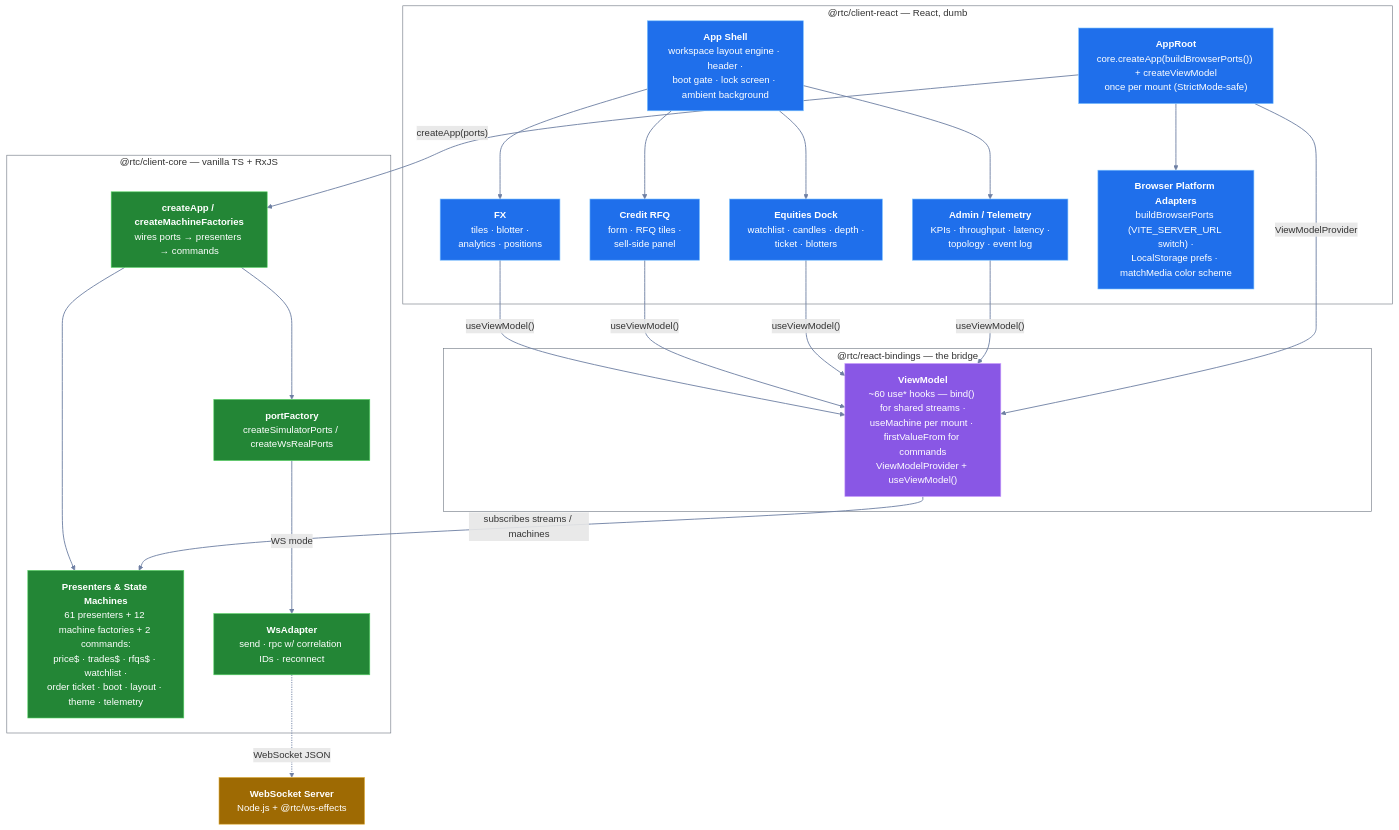
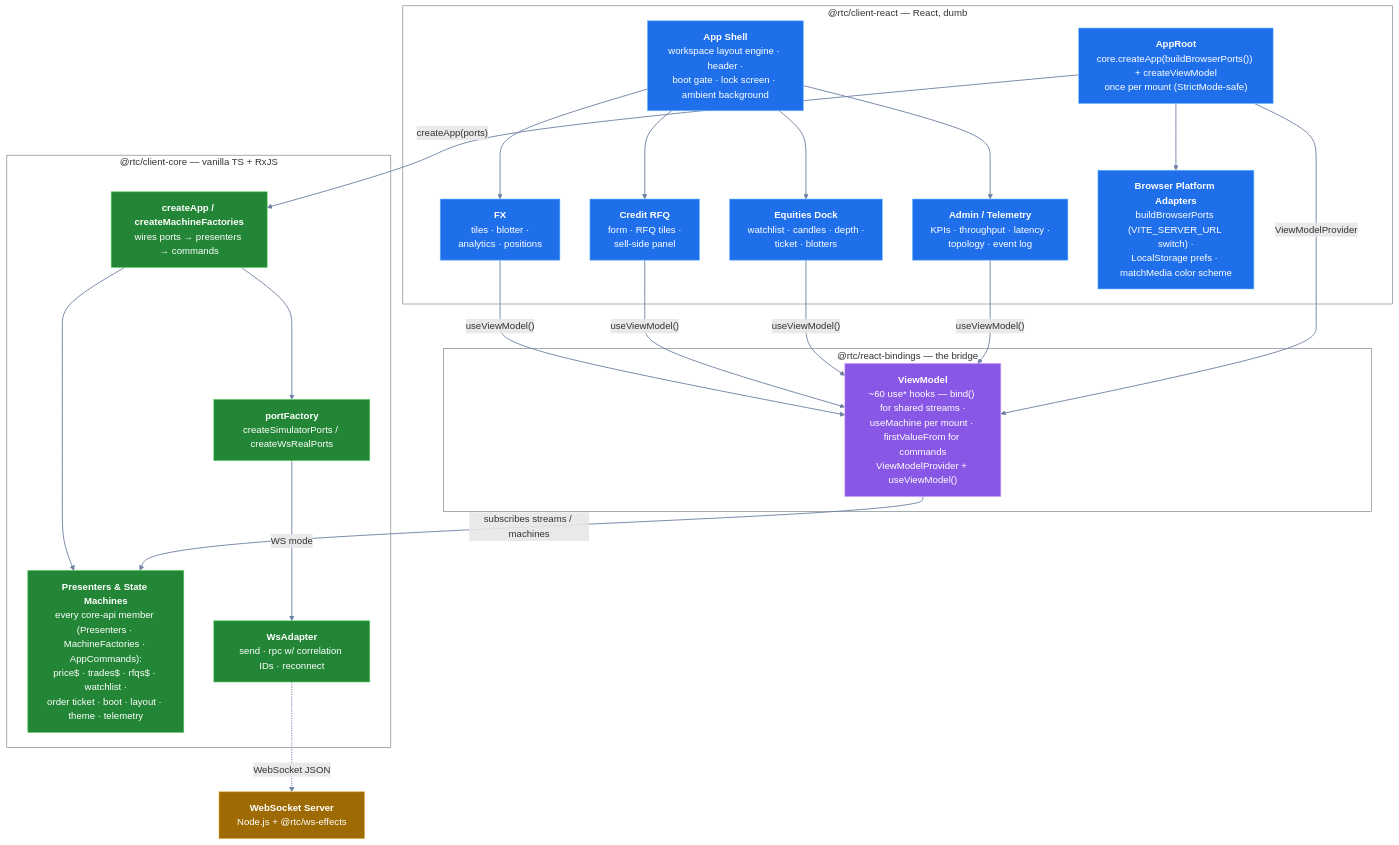
One commit to bettersoftware-io/ReactiveTraderCloudClone changed the fourth of 7 diagrams in docs/architecture/02-c4-model.md. Above: the diagram before and after it, drawn with Mermaid. The commit also changed other lines of this file and 7 other files, not shown here.

First line of the commit message:
docs(architecture): fix round 1 on the structure chapters

````diff
--- a/docs/architecture/02-c4-model.md
+++ b/docs/architecture/02-c4-model.md
@@ -154,48 +154,48 @@
 ```mermaid
 flowchart TB
     subgraph uiLayer["@rtc/client-react — React, dumb"]
         app["<b>App Shell</b><br/>workspace layout engine · header ·<br/>boot gate · lock screen · ambient background"]:::ui
         fxTiles["<b>FX</b><br/>tiles · blotter ·<br/>analytics · positions"]:::ui
         creditRfq["<b>Credit RFQ</b><br/>form · RFQ tiles ·<br/>sell-side panel"]:::ui
         equities["<b>Equities Dock</b><br/>watchlist · candles · depth ·<br/>ticket · blotters"]:::ui
         admin["<b>Admin / Telemetry</b><br/>KPIs · throughput · latency ·<br/>topology · event log"]:::ui
         appRoot["<b>AppRoot</b><br/>core.createApp(buildBrowserPorts()) + createViewModel<br/>once per mount (StrictMode-safe)"]:::ui
         browserAdapters["<b>Browser Platform Adapters</b><br/>buildBrowserPorts (VITE_SERVER_URL switch) ·<br/>LocalStorage prefs · matchMedia color scheme"]:::ui
         app --> fxTiles
         app --> creditRfq
         app --> equities
         app --> admin
     end
 
     subgraph bindingsLayer["@rtc/react-bindings — the bridge"]
         viewModel["<b>ViewModel</b><br/>~60 use* hooks — bind() for shared streams ·<br/>useMachine per mount · firstValueFrom for commands<br/>ViewModelProvider + useViewModel()"]:::bridge
     end
 
     subgraph coreLayer["@rtc/client-core — vanilla TS + RxJS"]
         composition["<b>createApp / createMachineFactories</b><br/>wires ports → presenters → commands"]:::core
-        presenters["<b>Presenters & State Machines</b><br/>61 presenters + 12 machine factories + 2 commands:<br/>price$ · trades$ · rfqs$ · watchlist ·<br/>order ticket · boot · layout · theme · telemetry"]:::core
+        presenters["<b>Presenters & State Machines</b><br/>every core-api member (Presenters · MachineFactories · AppCommands):<br/>price$ · trades$ · rfqs$ · watchlist ·<br/>order ticket · boot · layout · theme · telemetry"]:::core
         portFactory["<b>portFactory</b><br/>createSimulatorPorts / createWsRealPorts"]:::core
         wsAdapter["<b>WsAdapter</b><br/>send · rpc w/ correlation IDs · reconnect"]:::core
         composition --> presenters
         composition --> portFactory
         portFactory -->|"WS mode"| wsAdapter
     end
 
     server["<b>WebSocket Server</b><br/>Node.js + @rtc/ws-effects"]:::server
 
     fxTiles & creditRfq & equities & admin -->|"useViewModel()"| viewModel
     appRoot --> browserAdapters
     appRoot -->|"createApp(ports)"| composition
     appRoot -->|"ViewModelProvider"| viewModel
     viewModel -->|"subscribes streams / machines"| presenters
     wsAdapter -. WebSocket JSON .-> server
 
     classDef ui     fill:#1f6feb,stroke:#79c0ff,color:#ffffff
     classDef bridge fill:#8957e5,stroke:#d2a8ff,color:#ffffff
     classDef core   fill:#238636,stroke:#56d364,color:#ffffff
     classDef server fill:#9e6a03,stroke:#e3b341,color:#ffffff
     style uiLayer fill:transparent,stroke:#6e7681
     style bindingsLayer fill:transparent,stroke:#6e7681
     style coreLayer fill:transparent,stroke:#6e7681
     linkStyle default stroke:#6e7fa3,stroke-width:1.5px
 ```
````
